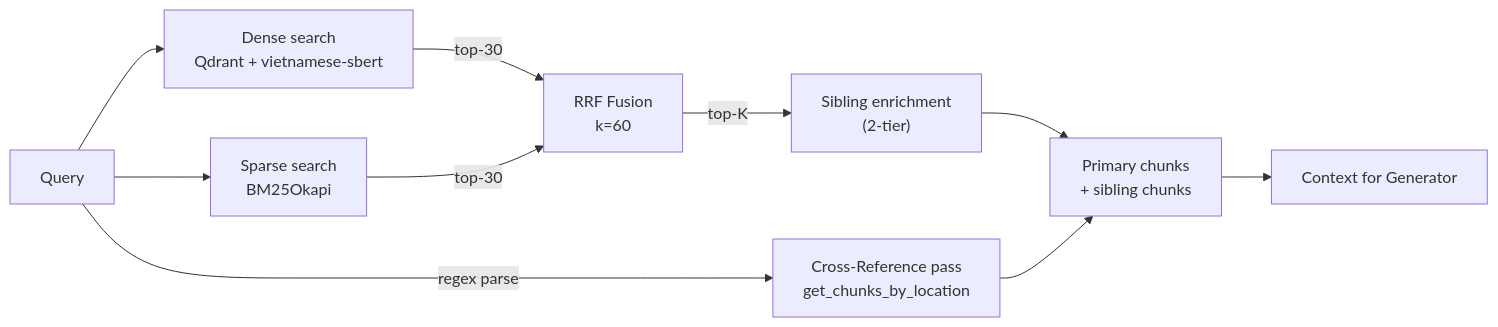
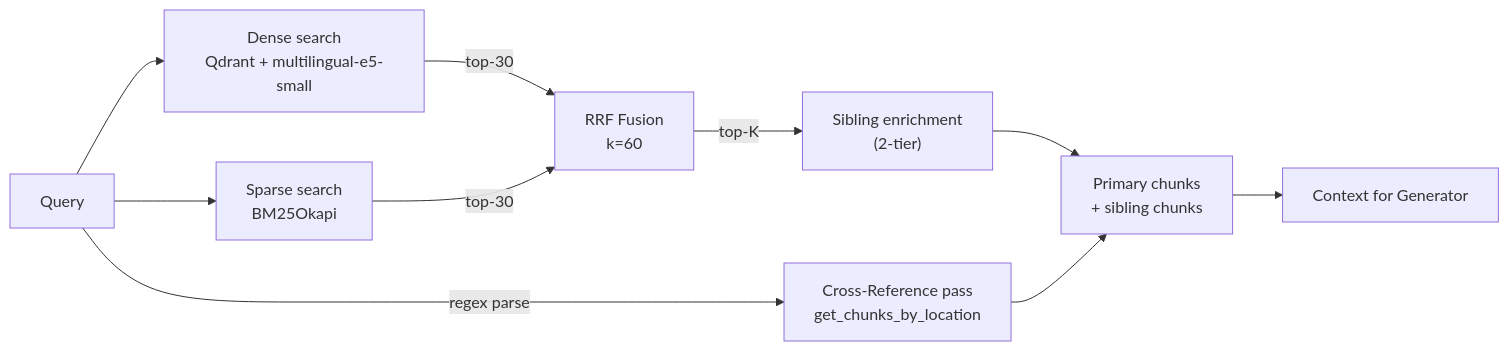
The third of 4 diagrams in doc/bao_cao_he_thong.md (MacPhuPhong/TRAFFIC_LAW_LLM_RAG_AGENTIC), drawn with Mermaid before and after one commit. The commit also changed other lines of this file and 43 other files, not shown here.

````diff
--- a/doc/bao_cao_he_thong.md
+++ b/doc/bao_cao_he_thong.md
@@ -456,12 +482,12 @@
 ```mermaid
 graph LR
-    Q["Query"] --> D["Dense search<br>Qdrant + vietnamese-sbert"]
+    Q["Query"] --> D["Dense search<br>Qdrant + multilingual-e5-small"]
     Q --> B["Sparse search<br>BM25Okapi"]
     D -->|top-30| R["RRF Fusion<br>k=60"]
     B -->|top-30| R
     R -->|top-K| S["Sibling enrichment<br>(2-tier)"]
     S --> X["Primary chunks<br>+ sibling chunks"]
     Q -->|regex parse| C["Cross-Reference pass<br>get_chunks_by_location"]
     C --> X
     X --> O["Context for Generator"]
 ```
````
